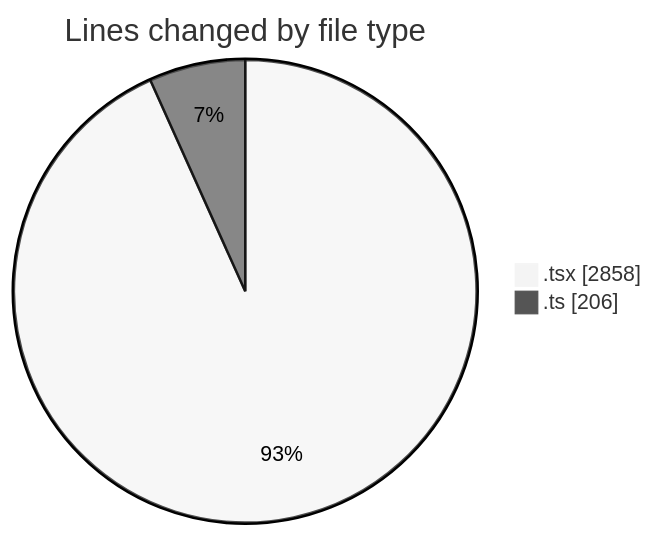
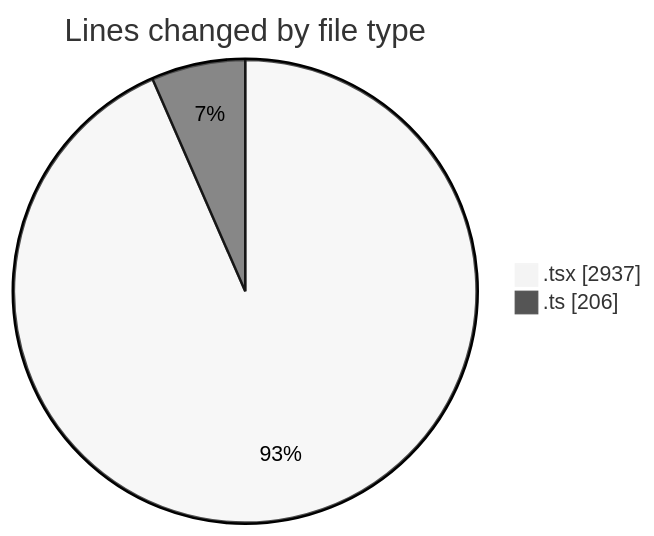
One commit to momahboobian/code-tracking changed the first of 2 diagrams in 2025-09-23/cda/README.md. Above: the diagram before and after it, drawn with Mermaid (neutral theme). The commit also changed other lines of this file and 1 other file, not shown here.

````diff
--- a/2025-09-23/cda/README.md
+++ b/2025-09-23/cda/README.md
@@ -24,6 +25,6 @@
 ```mermaid
 pie showData
 title Lines changed by file type
-".tsx" : 2858
+".tsx" : 2937
 ".ts" : 206
 ```
````
